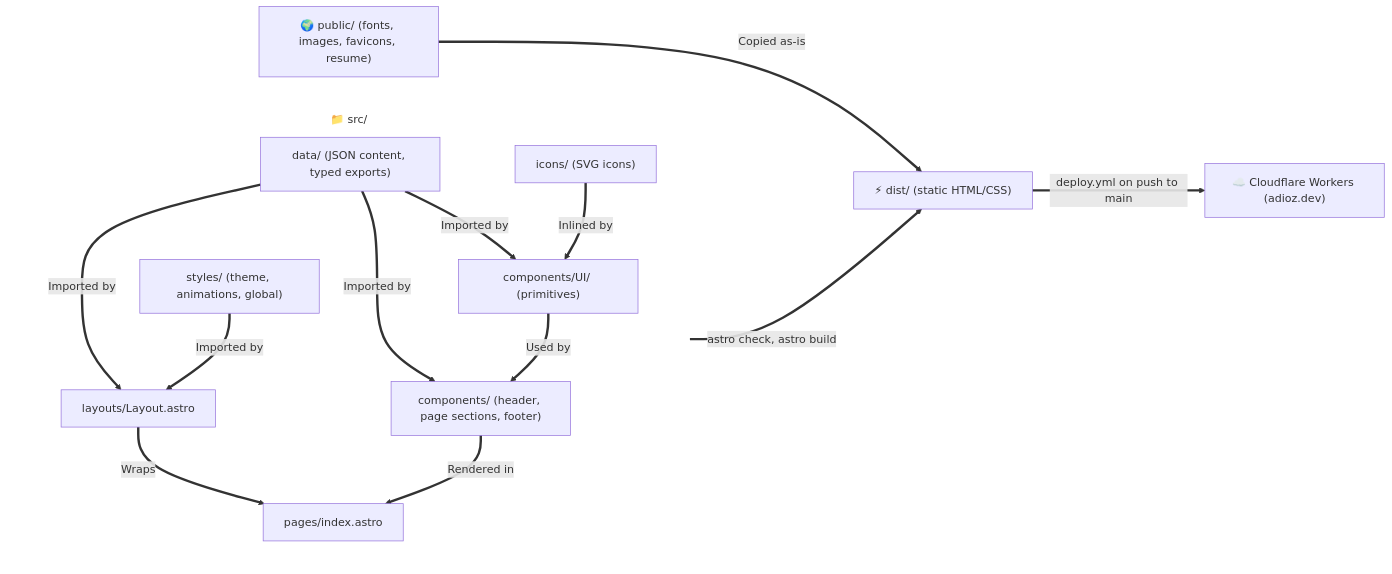
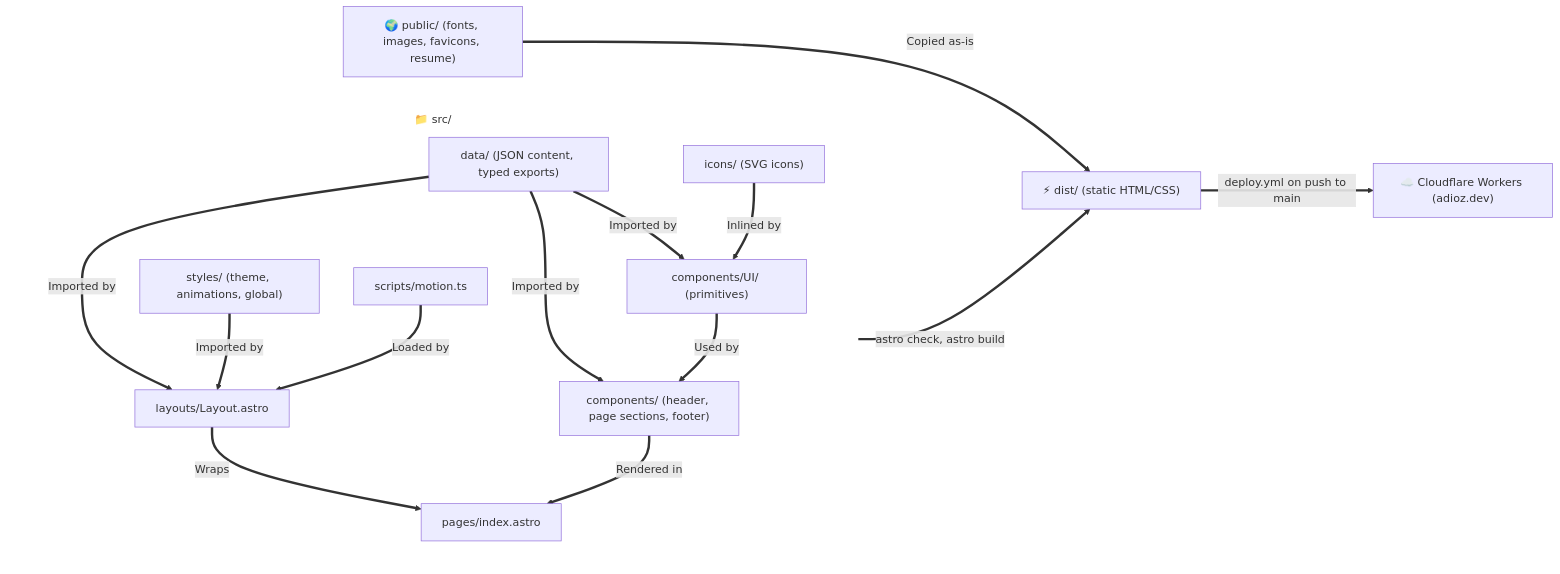
The diagram in docs/architecture.md (adiozeshitemi/adioz-profile), drawn with Mermaid before and after one commit. The commit also changed other lines of this file and 2 other files, not shown here.

First line of the commit message:
docs: document the motion layer

````diff
--- a/docs/architecture.md
+++ b/docs/architecture.md
@@ -9,31 +9,33 @@
 ```mermaid
 flowchart LR
     %% Define invisible styling for subgraphs to remove backgrounds and borders
     classDef transparent fill:none,stroke:none;
 
     subgraph Src ["📁 src/"]
         direction TB
         Data["data/ (JSON content, typed exports)"]
         Styles["styles/ (theme, animations, global)"]
+        Scripts["scripts/motion.ts"]
         Icons["icons/ (SVG icons)"]
         UI["components/UI/ (primitives)"]
         Sections["components/ (header, page sections, footer)"]
         Layout["layouts/Layout.astro"]
         Page["pages/index.astro"]
     end
 
     Icons ==>|Inlined by| UI
     Data ==>|Imported by| UI
     Data ==>|Imported by| Sections
     UI ==>|Used by| Sections
     Data ==>|Imported by| Layout
     Styles ==>|Imported by| Layout
+    Scripts ==>|Loaded by| Layout
     Sections ==>|Rendered in| Page
     Layout ==>|Wraps| Page
     Page ==>|astro check, astro build| Dist["⚡ dist/ (static HTML/CSS)"]
     Public["🌍 public/ (fonts, images, favicons, resume)"] ==>|Copied as-is| Dist
     Dist ==>|deploy.yml on push to main| Workers["☁️ Cloudflare Workers (adioz.dev)"]
 
     %% Apply transparent class to subgraphs
     class Src transparent;
 ```
````
